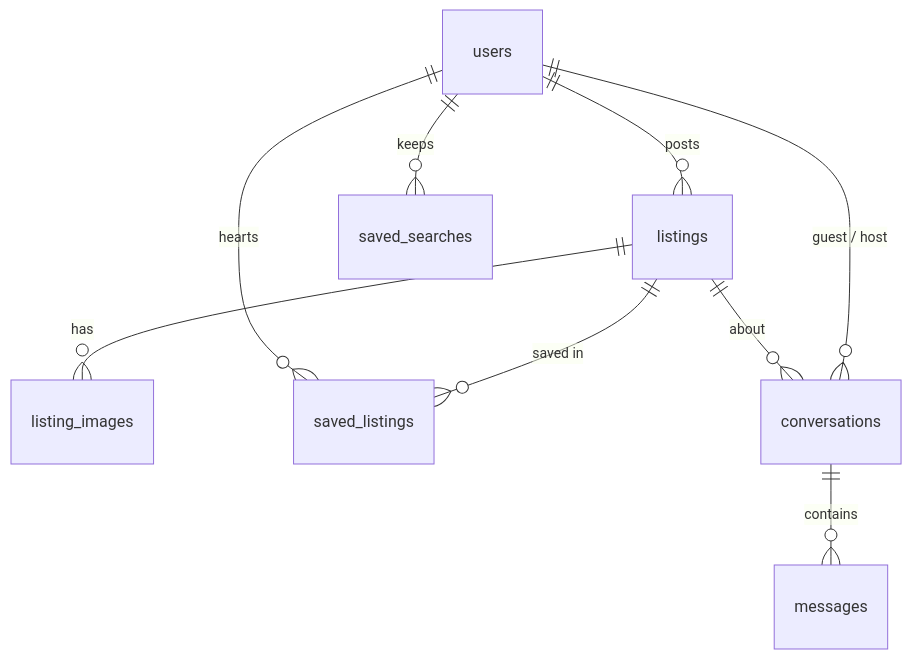
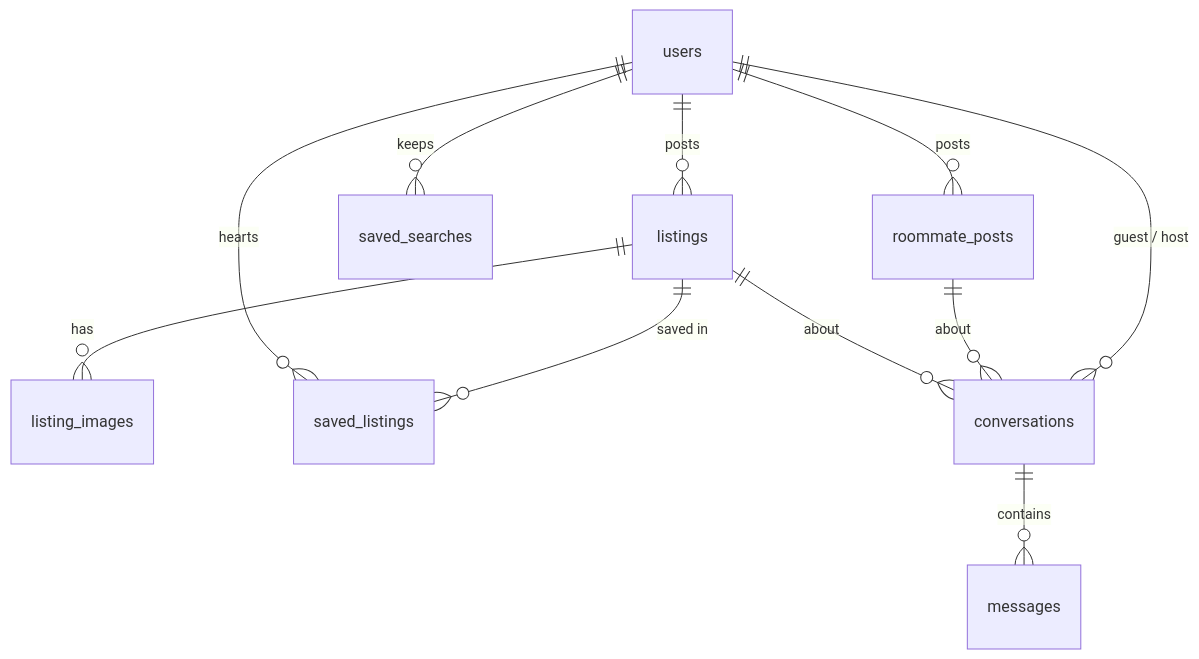
One commit to arabirahmanrafi-svg/nestswap changed the diagram in README.md. Above: the diagram before and after it, drawn with Mermaid. The commit also changed other lines of this file, not shown here.

````diff
--- a/README.md
+++ b/README.md
@@ -97,11 +98,13 @@
 ```mermaid
 erDiagram
     users ||--o{ listings : posts
     listings ||--o{ listing_images : has
     users ||--o{ saved_listings : hearts
     listings ||--o{ saved_listings : "saved in"
     users ||--o{ saved_searches : keeps
+    users ||--o{ roommate_posts : posts
     listings ||--o{ conversations : about
+    roommate_posts ||--o{ conversations : about
     users ||--o{ conversations : "guest / host"
     conversations ||--o{ messages : contains
 ```
````
